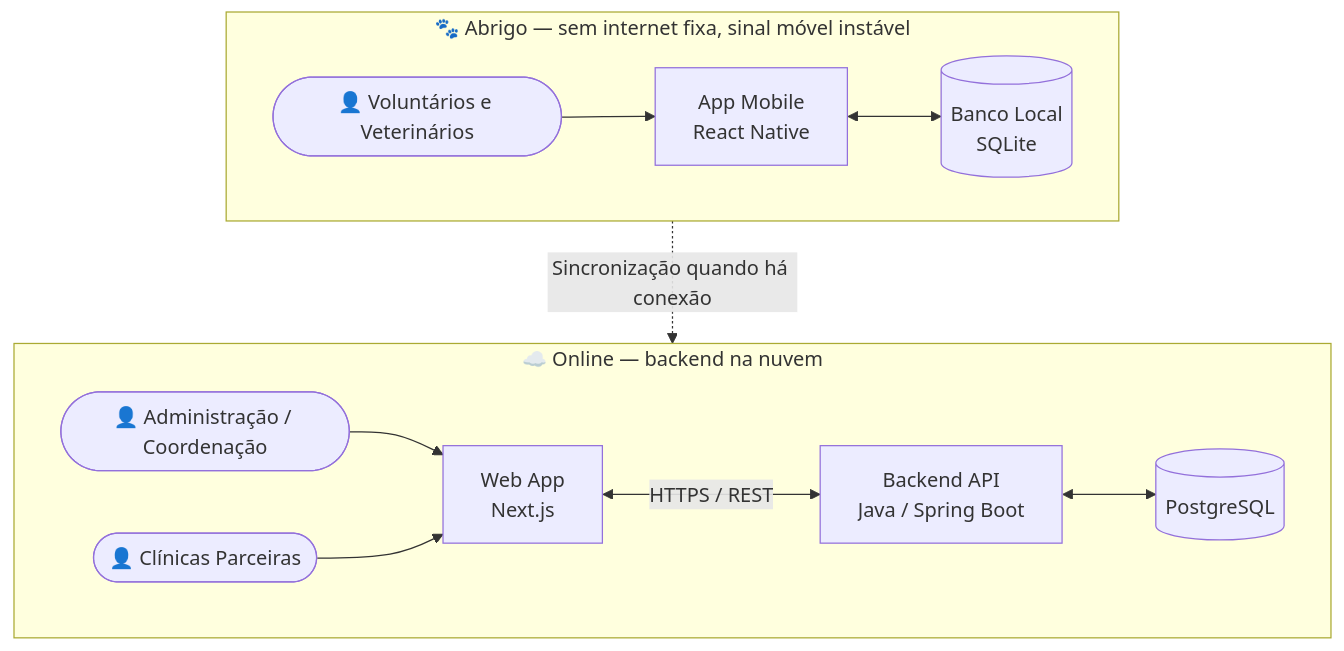
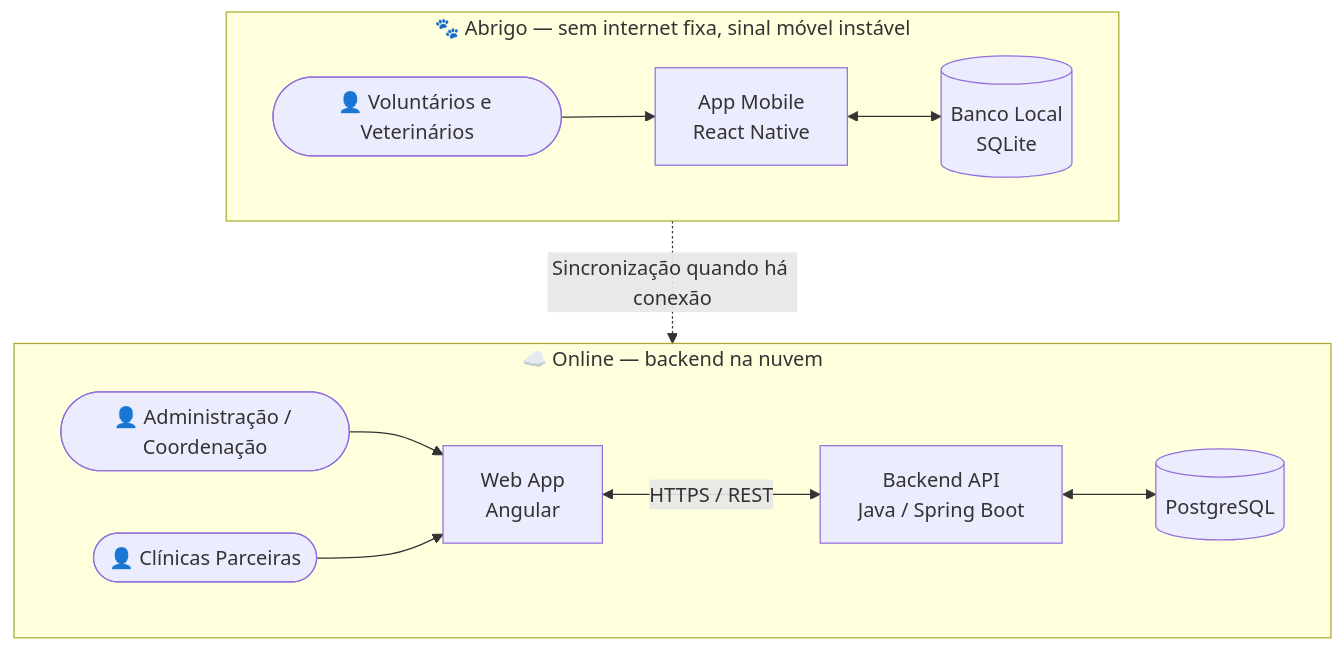
Before and after one commit to railanleao/Amicats: the first of 2 diagrams in documentos/02-Especificação do Projeto.md, drawn with Mermaid. The commit also changed other lines of this file and 47 other files, not shown here.

First line of the commit message:
refactor: migrate web application from Next.js to Angular

````diff
--- a/documentos/02-Especificação do Projeto.md
+++ b/documentos/02-Especificação do Projeto.md
@@ -25,26 +25,26 @@
 ```mermaid
 flowchart TB
     subgraph OFFLINE["🐾 Abrigo — sem internet fixa, sinal móvel instável"]
         direction LR
         ACT_VOL(["👤 Voluntários e Veterinários"])
         APP["App Mobile<br/>React Native"]
         SQLITE[("Banco Local<br/>SQLite")]
         ACT_VOL --> APP
         APP <--> SQLITE
     end
 
     subgraph ONLINE["☁️ Online — backend na nuvem"]
         direction LR
         ACT_ADM(["👤 Administração / Coordenação"])
         ACT_CLIN(["👤 Clínicas Parceiras"])
-        WEB["Web App<br/>Next.js"]
+        WEB["Web App<br/>Angular"]
         API["Backend API<br/>Java / Spring Boot"]
         PG[("PostgreSQL")]
         ACT_ADM --> WEB
         ACT_CLIN --> WEB
         WEB <-->|"HTTPS / REST"| API
         API <--> PG
     end
 
     APP -.->|"Sincronização quando há conexão"| API
 ```
````
